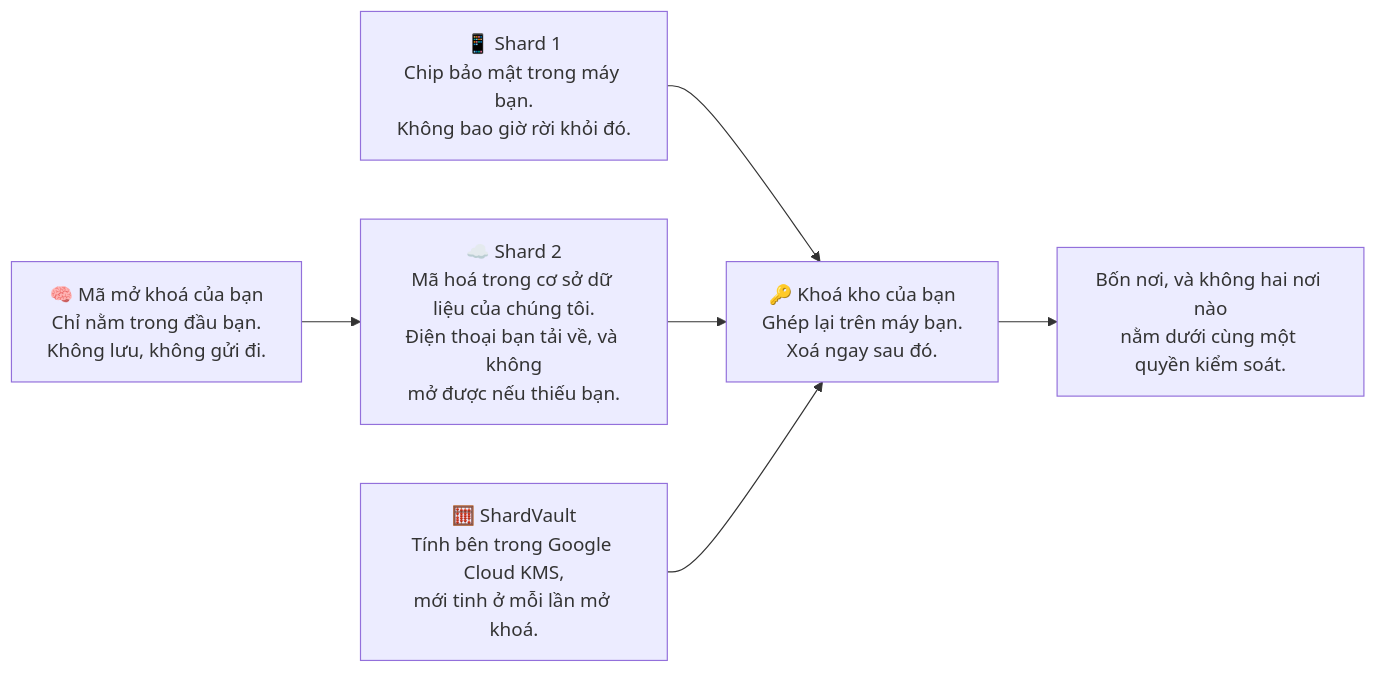
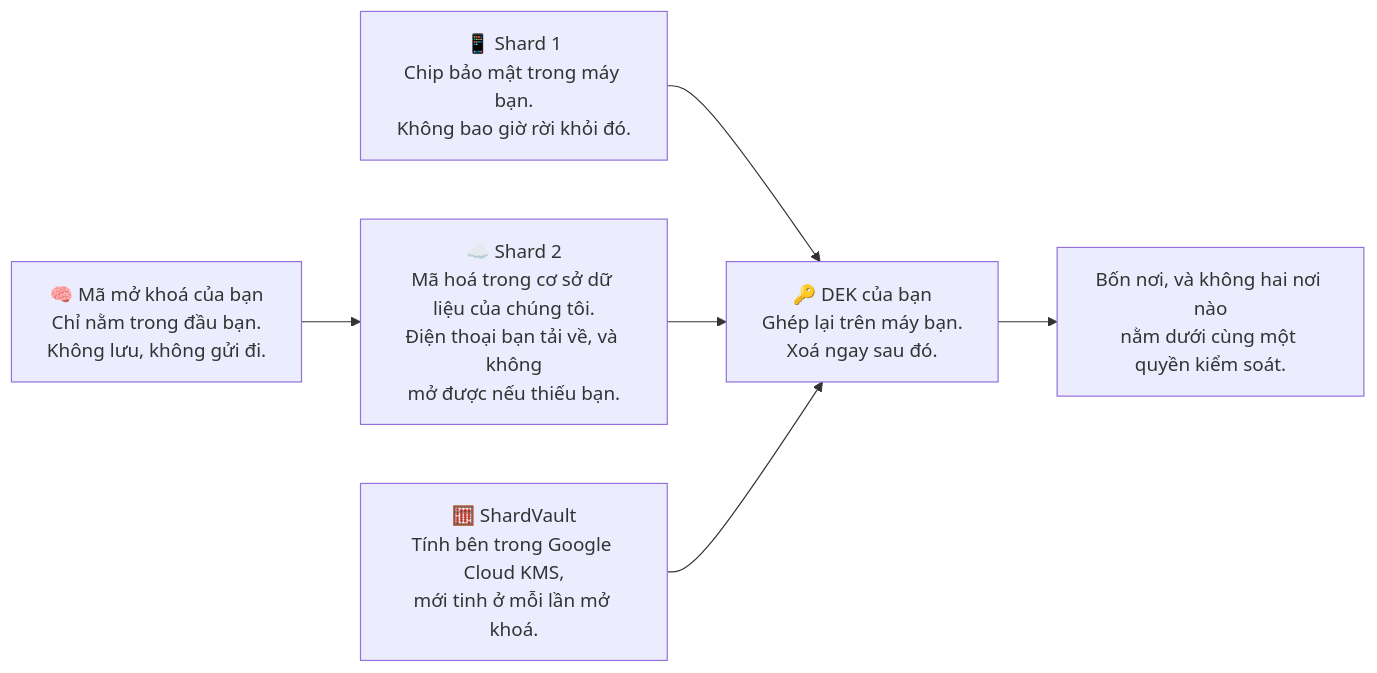
One commit to TuPhung369/passwordepic-website changed the first of 4 diagrams in i18n/vi/docusaurus-plugin-content-docs/current/how-it-works.md. Above: the diagram before and after it, drawn with Mermaid. The commit also changed other lines of this file and 22 other files, not shown here.

````diff
--- a/i18n/vi/docusaurus-plugin-content-docs/current/how-it-works.md
+++ b/i18n/vi/docusaurus-plugin-content-docs/current/how-it-works.md
@@ -22,10 +23,10 @@
 ```mermaid
 flowchart LR
   P["🧠 Mã mở khoá của bạn<br/>Chỉ nằm trong đầu bạn.<br/>Không lưu, không gửi đi."] --> S2
   S2["☁️ Shard 2<br/>Mã hoá trong cơ sở dữ liệu của chúng tôi.<br/>Điện thoại bạn tải về, và không<br/>mở được nếu thiếu bạn."]
   S1["📱 Shard 1<br/>Chip bảo mật trong máy bạn.<br/>Không bao giờ rời khỏi đó."] --> KEY
   S2 --> KEY
   S3["🧮 ShardVault<br/>Tính bên trong Google Cloud KMS,<br/>mới tinh ở mỗi lần mở khoá."] --> KEY
-  KEY["🔑 Khoá kho của bạn<br/>Ghép lại trên máy bạn.<br/>Xoá ngay sau đó."]
+  KEY["🔑 DEK của bạn<br/>Ghép lại trên máy bạn.<br/>Xoá ngay sau đó."]
   KEY --> N["Bốn nơi, và không hai nơi nào<br/>nằm dưới cùng một quyền kiểm soát."]
 ```
````
